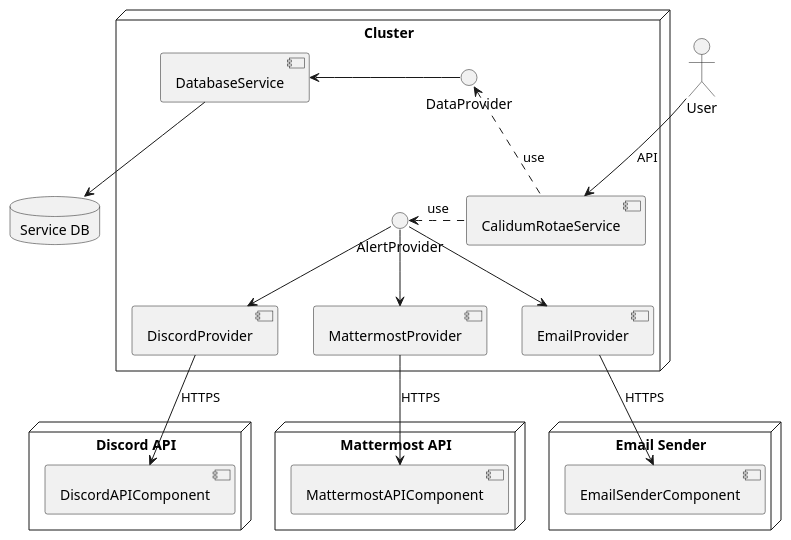
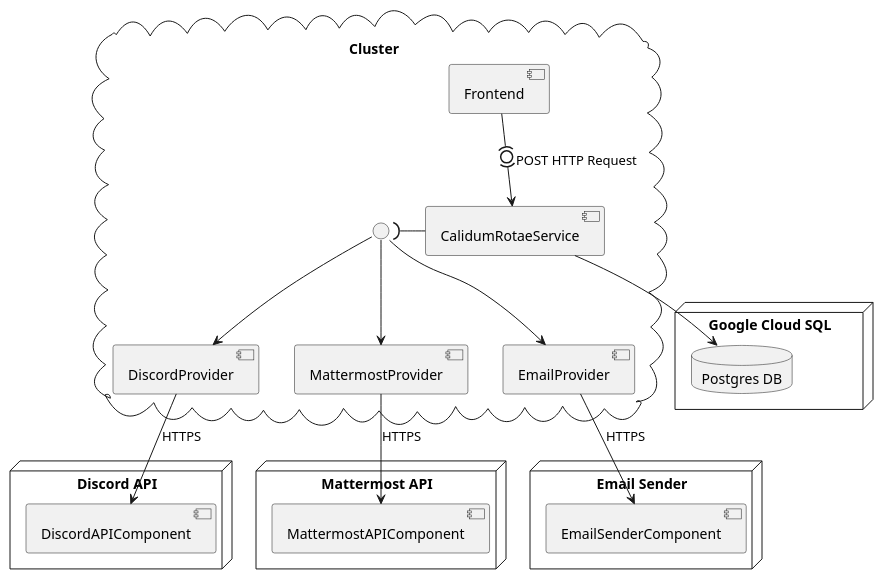
The diagram in docs/architecture.plantuml (ClubCedille/calidum-rotae), drawn with PlantUML before and after one commit. The commit also changed 1 other file, not shown here.

Commit message:
Update architecture diagram.

```diff
--- a/docs/architecture.plantuml
+++ b/docs/architecture.plantuml
@@ -1,49 +1,47 @@
 @startuml calidum-rotae
-
-actor User
 
 node DiscordAPI as "Discord API" {
  	component DiscordAPIComponent
 }
 
 node MattermostAPI as "Mattermost API" {
  	component MattermostAPIComponent
 }
 
 node Email as "Email Sender" {
  	component EmailSenderComponent
 }
 
-database Database as "Service DB" {
+node Data as "Google Cloud SQL" {
+	database Database as "Postgres DB" {
+	}
 }
 
-node Cluster as "Cluster" {
-	interface "DataProvider" as DP
-	interface "AlertProvider" as AP
-	component DatabaseService
+cloud Cluster as "Cluster" {
+	component CalidumRotaeService
+	component Frontend
+	interface " " as AP
 	
+	Frontend -d(0)-> CalidumRotaeService : POST HTTP Request
+
 	'1) Discord Provider -> calls Discord API
 	'2) Mattermost Provider -> calls Mattermost API
 	'3) Email Provider -> calls email (i.e.: mailgun) API
 
 	component DiscordProvider
 	component MattermostProvider
 	component EmailProvider
 
-	[DatabaseService] <- DP
- 	DP <.. [CalidumRotaeService] : use
+	AP --> DiscordProvider
+	AP --> MattermostProvider
+	AP --> EmailProvider 
 
-	[AP] --> DiscordProvider
-	[AP] --> MattermostProvider
-	[AP] --> EmailProvider 
- 	AP <. [CalidumRotaeService] : use
+ 	AP )- [CalidumRotaeService]
 }
 
-
-User --> CalidumRotaeService : "API"
-DatabaseService --> Database
+CalidumRotaeService --> Database
 DiscordProvider --> DiscordAPIComponent  : HTTPS
 MattermostProvider --> MattermostAPIComponent  : HTTPS
 EmailProvider --> EmailSenderComponent  : HTTPS
 
 @enduml
```
